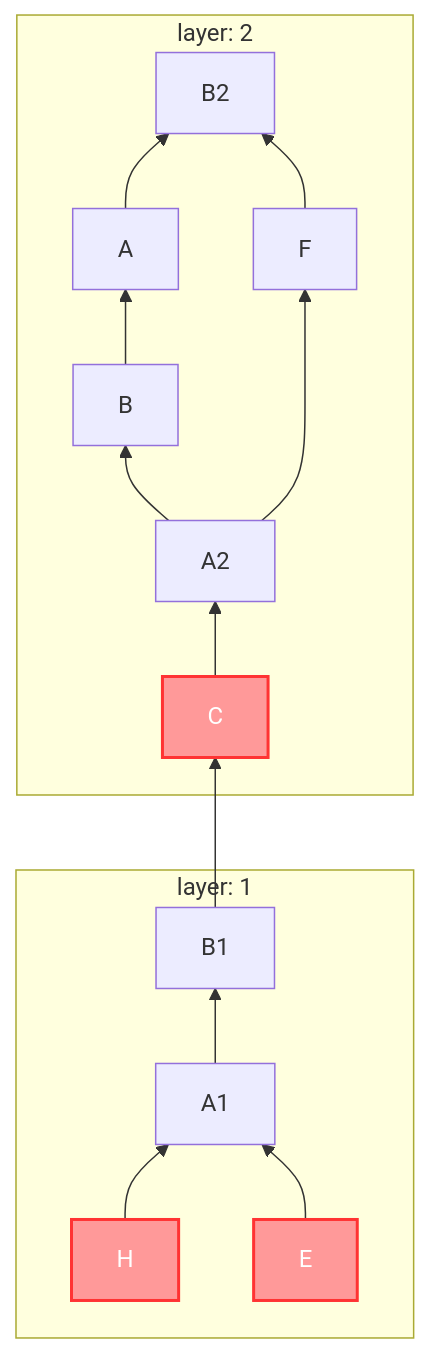
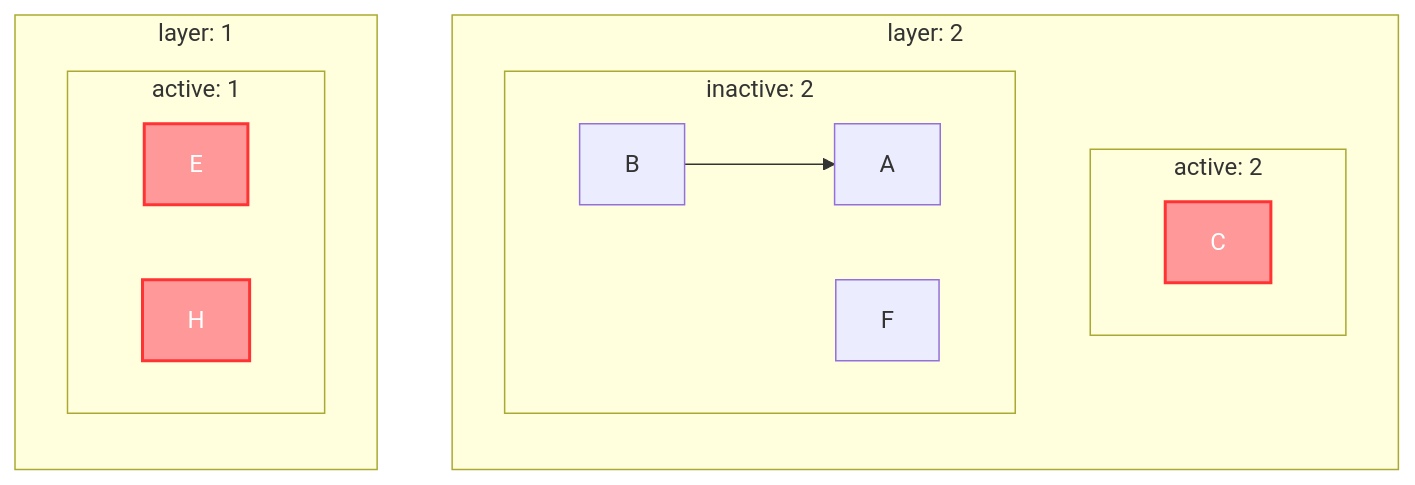
Before and after one commit to Frank-Steven/HoundWhiteboard: the sixth of 7 diagrams in src/core/components/active-object-manager-document.md, drawn with Mermaid. The commit also changed other lines of this file and 3 other files, not shown here.

First line of the commit message:
feat(layer): 重构 `ActiveObjectManager`，引入 `Layer` 类管理层次并改进图处理

````diff
--- a/src/core/components/active-object-manager-document.md
+++ b/src/core/components/active-object-manager-document.md
@@ -231,33 +211,26 @@
 ```mermaid
 graph BT
-  H --> A1
-  E --> A1
-  A1 --> B1
-  B1 --> C
-  C --> A2
-  A2 -->B
   B --> A
-  A2 --> F
-  A --> B2
-  F --> B2
 
   style C fill:#ff9999,stroke:#ff3333,stroke-width:2px,color:#fff
   style E fill:#ff9999,stroke:#ff3333,stroke-width:2px,color:#fff
   style H fill:#ff9999,stroke:#ff3333,stroke-width:2px,color:#fff
 
   subgraph "layer: 2"
-  C
-  A2
-  B
-  A
-  F
-  B2
+    subgraph "active: 2"
+      C
+    end
+    subgraph "inactive: 2"
+      B
+      A
+      F
+    end
   end
 
   subgraph "layer: 1"
-  H
-  E
-  A1
-  B1
+    subgraph "active: 1"
+      H
+      E
+    end
   end
 ```
````
